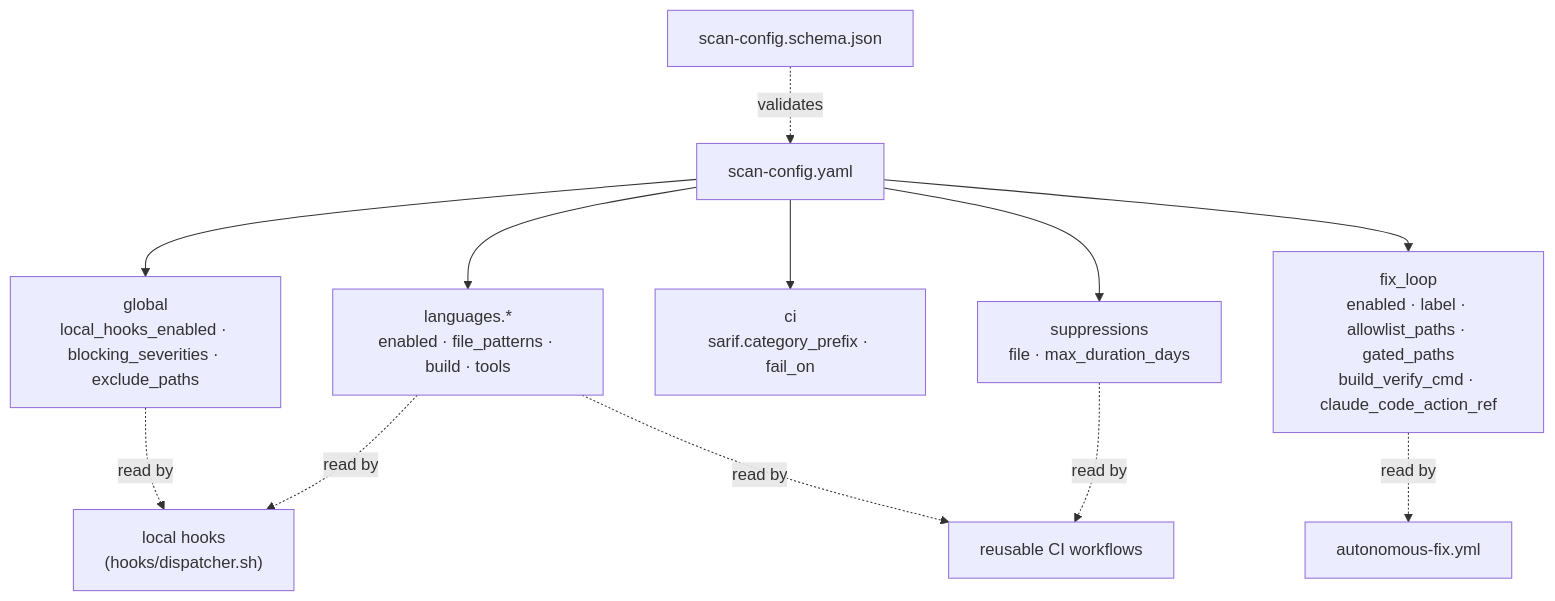
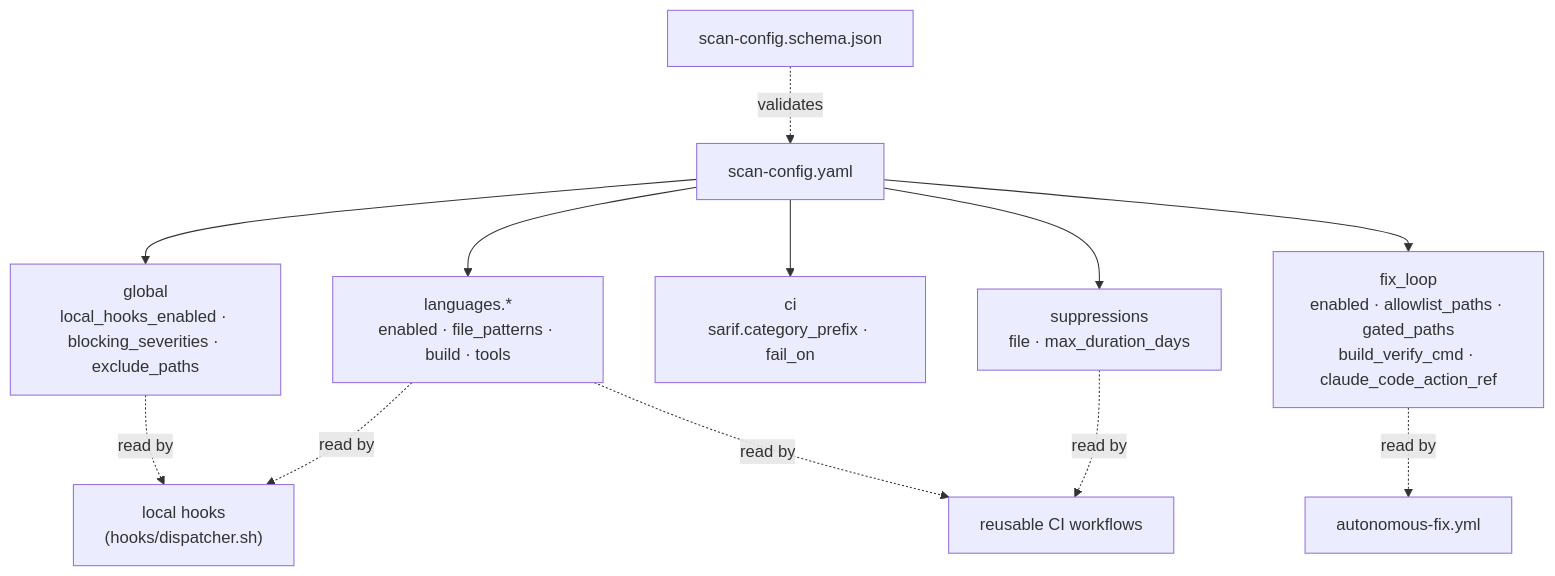
Before and after one commit to agenticcodingops/auto-code-scanning: the second of 9 diagrams in docs/ARCHITECTURE.md, drawn with Mermaid. The commit also changed other lines of this file and 20 other files, not shown here.

````diff
--- a/docs/ARCHITECTURE.md
+++ b/docs/ARCHITECTURE.md
@@ -65,16 +65,16 @@
 ```mermaid
 flowchart TD
     cfg["scan-config.yaml"]
     cfg --> g["global<br/>local_hooks_enabled · blocking_severities · exclude_paths"]
     cfg --> langs["languages.*<br/>enabled · file_patterns · build · tools"]
     cfg --> ci["ci<br/>sarif.category_prefix · fail_on"]
     cfg --> sup["suppressions<br/>file · max_duration_days"]
-    cfg --> fl["fix_loop<br/>enabled · label · allowlist_paths · gated_paths<br/>build_verify_cmd · claude_code_action_ref"]
+    cfg --> fl["fix_loop<br/>enabled · allowlist_paths · gated_paths<br/>build_verify_cmd · claude_code_action_ref"]
 
     langs -. read by .-> hooks["local hooks<br/>(hooks/dispatcher.sh)"]
     langs -. read by .-> cireuse["reusable CI workflows"]
     fl -. read by .-> fixloop["autonomous-fix.yml"]
     g  -. read by .-> hooks
     sup -. read by .-> cireuse
     schema["scan-config.schema.json"] -. validates .-> cfg
 ```
````
